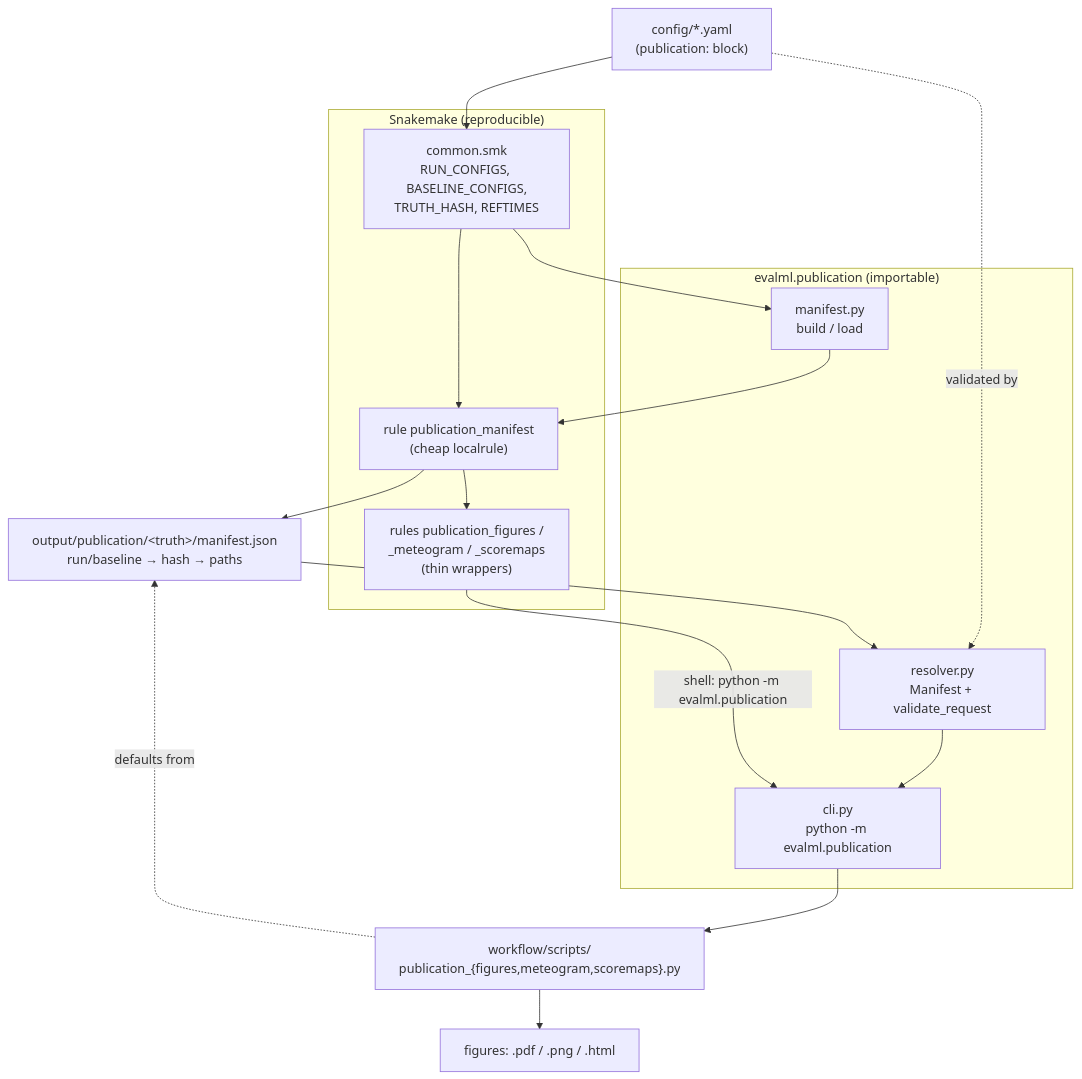
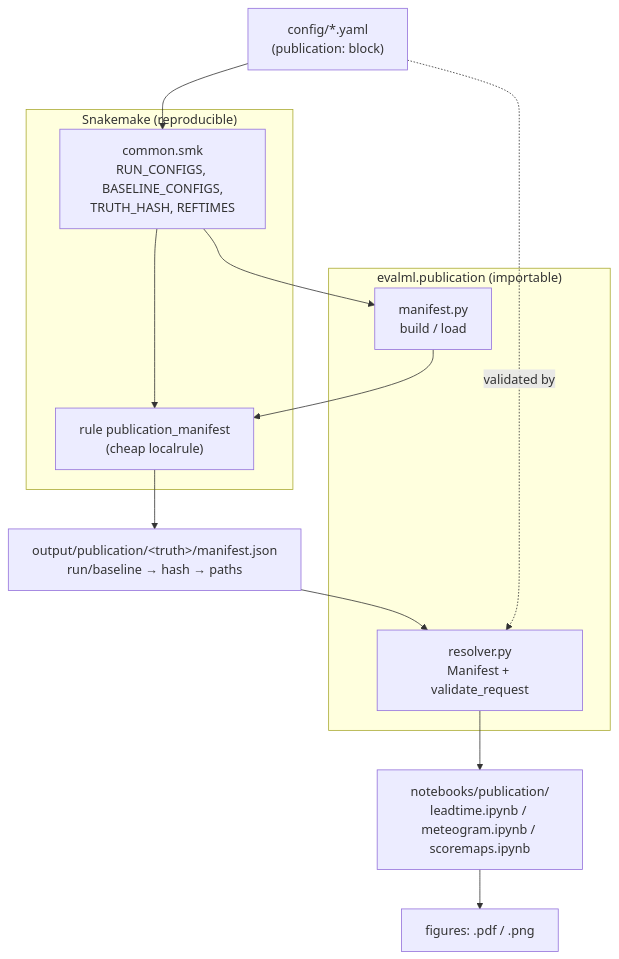
The first of 2 diagrams in docs/publication_figures.md (MeteoSwiss/evalml), drawn with Mermaid before and after one commit. The commit also changed other lines of this file, not shown here.

Commit message:
Docs: describe manifest -> notebook publication flow

````diff
--- a/docs/publication_figures.md
+++ b/docs/publication_figures.md
@@ -92,25 +92,20 @@
 ```mermaid
 flowchart TD
     cfg["config/*.yaml<br/>(publication: block)"]
     subgraph smk["Snakemake (reproducible)"]
         common["common.smk<br/>RUN_CONFIGS, BASELINE_CONFIGS,<br/>TRUTH_HASH, REFTIMES"]
         manrule["rule publication_manifest<br/>(cheap localrule)"]
-        figrules["rules publication_figures /<br/>_meteogram / _scoremaps<br/>(thin wrappers)"]
     end
     manifest["output/publication/&lt;truth&gt;/manifest.json<br/>run/baseline → hash → paths"]
     subgraph pub["evalml.publication (importable)"]
         builder["manifest.py<br/>build / load"]
         resolver["resolver.py<br/>Manifest + validate_request"]
-        cli["cli.py<br/>python -m evalml.publication"]
     end
-    scripts["workflow/scripts/<br/>publication_{figures,meteogram,scoremaps}.py"]
-    figs["figures: .pdf / .png / .html"]
+    notebooks["notebooks/publication/<br/>leadtime.ipynb / meteogram.ipynb / scoremaps.ipynb"]
+    figs["figures: .pdf / .png"]
 
     cfg --> common --> manrule --> manifest
     common --> builder --> manrule
-    manifest --> resolver --> cli --> scripts --> figs
-    figrules -->|shell: python -m evalml.publication| cli
-    manrule --> figrules
+    manifest --> resolver --> notebooks --> figs
     cfg -. validated by .-> resolver
-    scripts -. defaults from .-> manifest
 ```
````
